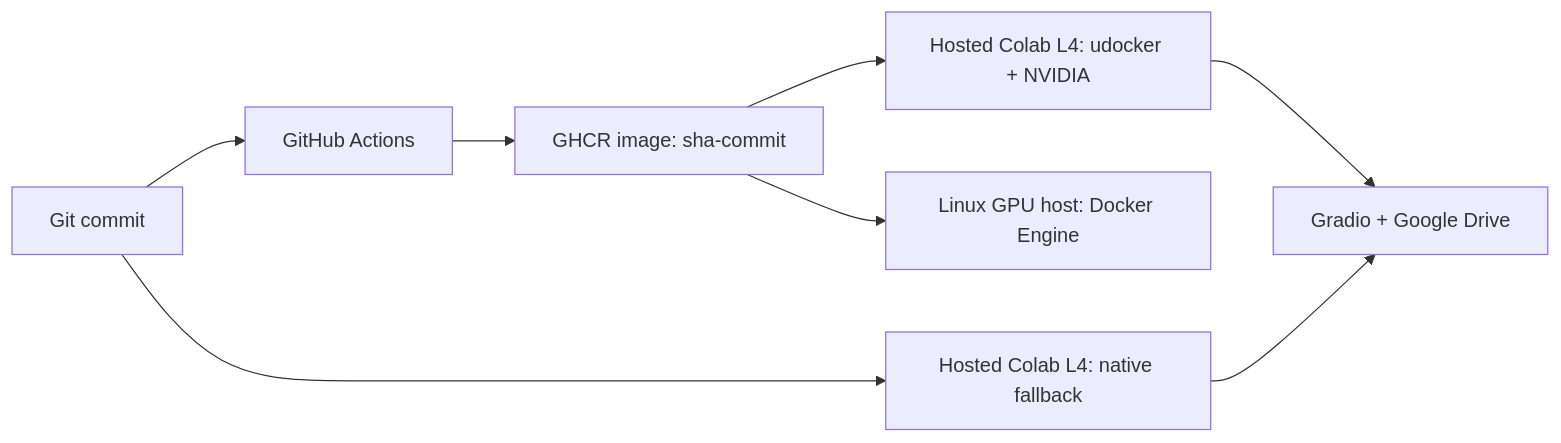
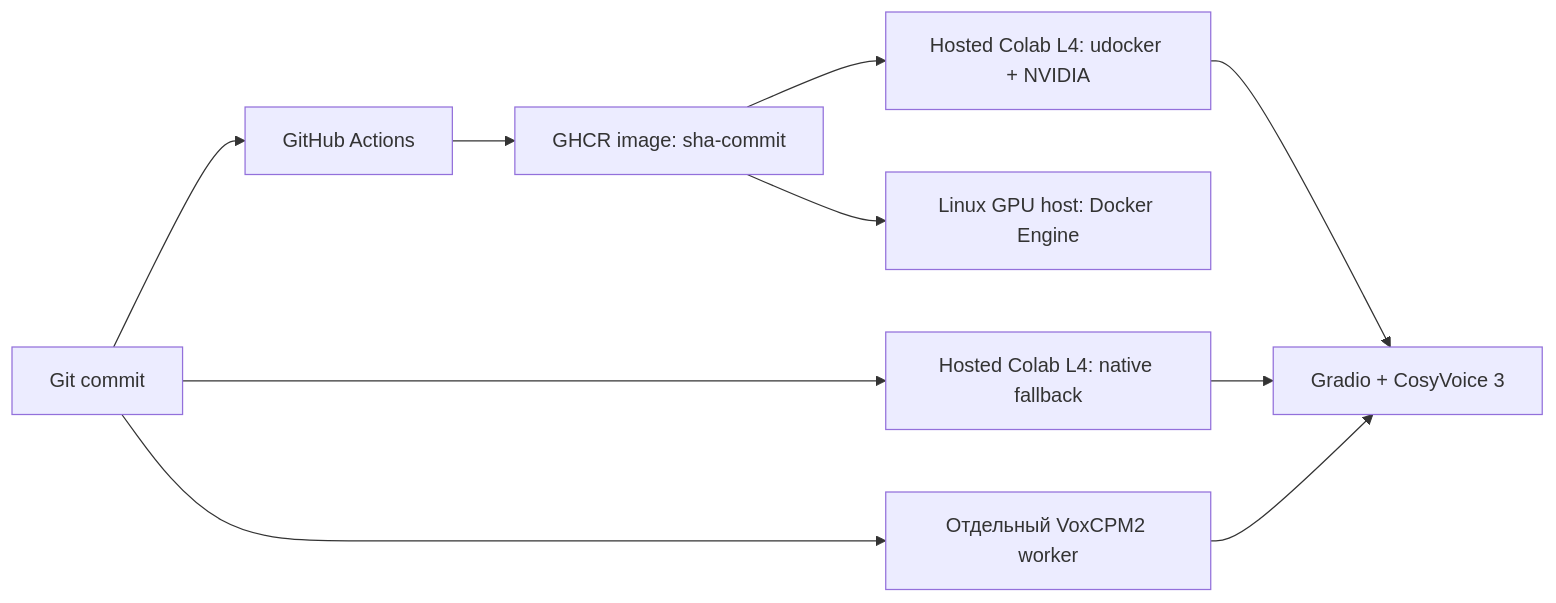
One commit to nahmax/voice-tts changed the diagram in README.md. Above: the diagram before and after it, drawn with Mermaid. The commit also changed other lines of this file and 12 other files, not shown here.

Commit message:
Add VoxCPM2 engine and reliable Colab progress

````diff
--- a/README.md
+++ b/README.md
@@ -24,10 +24,12 @@
 ```mermaid
 flowchart LR
     A["Git commit"] --> B["GitHub Actions"]
     B --> C["GHCR image: sha-commit"]
     C --> D["Hosted Colab L4: udocker + NVIDIA"]
     C --> E["Linux GPU host: Docker Engine"]
     A --> F["Hosted Colab L4: native fallback"]
-    D --> G["Gradio + Google Drive"]
+    D --> G["Gradio + CosyVoice 3"]
     F --> G
+    A --> H["Отдельный VoxCPM2 worker"]
+    H --> G
 ```
````
